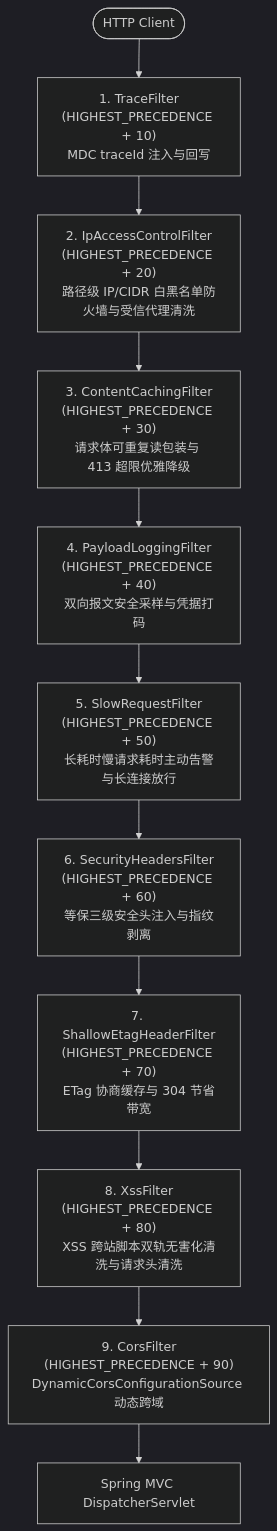
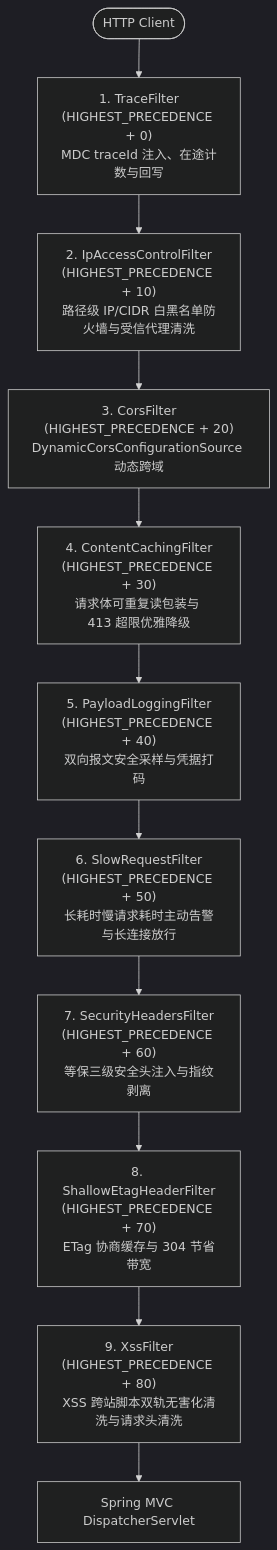
Before and after one commit to atengk/ateng-boot: the first of 2 diagrams in ateng-boot-web/README.md, drawn with Mermaid (dark theme). The commit also changed other lines of this file and 2 other files, not shown here.

````diff
--- a/ateng-boot-web/README.md
+++ b/ateng-boot-web/README.md
@@ -56,13 +113,13 @@
 ```mermaid
 flowchart TD
-    Client(["HTTP Client"]) --> TraceFilter["1. TraceFilter<br>(HIGHEST_PRECEDENCE + 10)<br>MDC traceId 注入与回写"]
-    TraceFilter --> IpFilter["2. IpAccessControlFilter<br>(HIGHEST_PRECEDENCE + 20)<br>路径级 IP/CIDR 白黑名单防火墙与受信代理清洗"]
-    IpFilter --> CacheFilter["3. ContentCachingFilter<br>(HIGHEST_PRECEDENCE + 30)<br>请求体可重复读包装与 413 超限优雅降级"]
-    CacheFilter --> PayloadFilter["4. PayloadLoggingFilter<br>(HIGHEST_PRECEDENCE + 40)<br>双向报文安全采样与凭据打码"]
-    PayloadFilter --> SlowFilter["5. SlowRequestFilter<br>(HIGHEST_PRECEDENCE + 50)<br>长耗时慢请求耗时主动告警与长连接放行"]
-    SlowFilter --> SecurityFilter["6. SecurityHeadersFilter<br>(HIGHEST_PRECEDENCE + 60)<br>等保三级安全头注入与指纹剥离"]
-    SecurityFilter --> EtagFilter["7. ShallowEtagHeaderFilter<br>(HIGHEST_PRECEDENCE + 70)<br>ETag 协商缓存与 304 节省带宽"]
-    EtagFilter --> XssFilter["8. XssFilter<br>(HIGHEST_PRECEDENCE + 80)<br>XSS 跨站脚本双轨无害化清洗与请求头清洗"]
-    XssFilter --> CorsFilter["9. CorsFilter<br>(HIGHEST_PRECEDENCE + 90)<br>DynamicCorsConfigurationSource 动态跨域"]
-    CorsFilter --> Dispatcher["Spring MVC DispatcherServlet"]
+    Client(["HTTP Client"]) --> TraceFilter["1. TraceFilter<br>(HIGHEST_PRECEDENCE + 0)<br>MDC traceId 注入、在途计数与回写"]
+    TraceFilter --> IpFilter["2. IpAccessControlFilter<br>(HIGHEST_PRECEDENCE + 10)<br>路径级 IP/CIDR 白黑名单防火墙与受信代理清洗"]
+    IpFilter --> CorsFilter["3. CorsFilter<br>(HIGHEST_PRECEDENCE + 20)<br>DynamicCorsConfigurationSource 动态跨域"]
+    CorsFilter --> CacheFilter["4. ContentCachingFilter<br>(HIGHEST_PRECEDENCE + 30)<br>请求体可重复读包装与 413 超限优雅降级"]
+    CacheFilter --> PayloadFilter["5. PayloadLoggingFilter<br>(HIGHEST_PRECEDENCE + 40)<br>双向报文安全采样与凭据打码"]
+    PayloadFilter --> SlowFilter["6. SlowRequestFilter<br>(HIGHEST_PRECEDENCE + 50)<br>长耗时慢请求耗时主动告警与长连接放行"]
+    SlowFilter --> SecurityFilter["7. SecurityHeadersFilter<br>(HIGHEST_PRECEDENCE + 60)<br>等保三级安全头注入与指纹剥离"]
+    SecurityFilter --> EtagFilter["8. ShallowEtagHeaderFilter<br>(HIGHEST_PRECEDENCE + 70)<br>ETag 协商缓存与 304 节省带宽"]
+    EtagFilter --> XssFilter["9. XssFilter<br>(HIGHEST_PRECEDENCE + 80)<br>XSS 跨站脚本双轨无害化清洗与请求头清洗"]
+    XssFilter --> Dispatcher["Spring MVC DispatcherServlet"]
 ```
````
